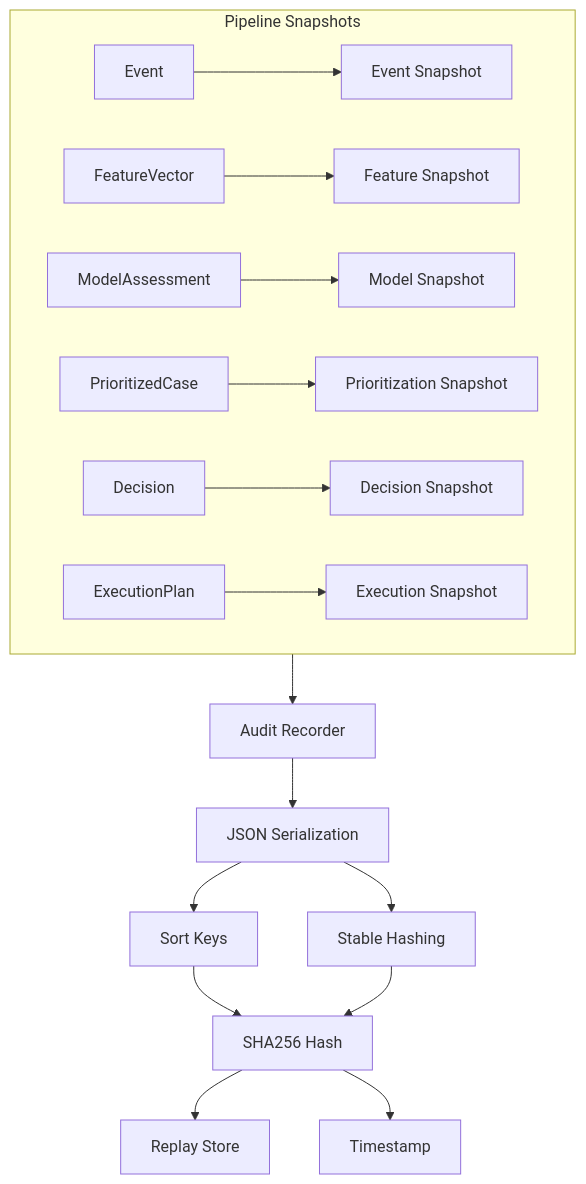
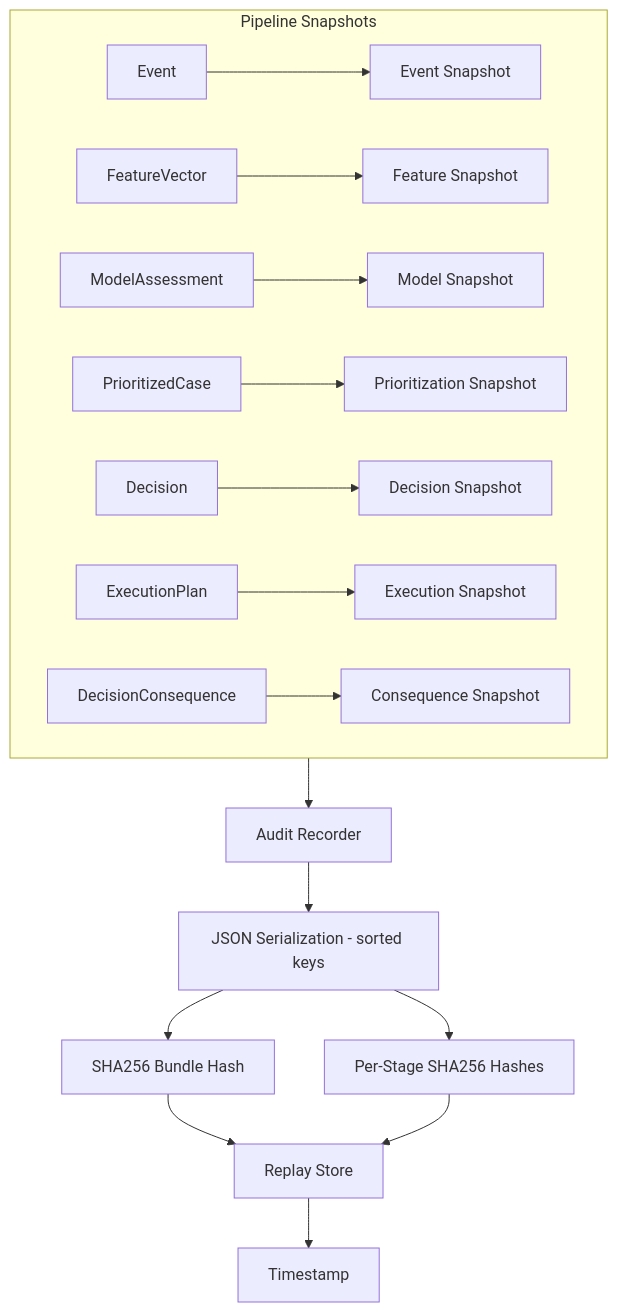
One commit to AngelP17/Astraea changed diagram 16 of 21 in architecture.md. Above: the diagram before and after it, drawn with Mermaid. The commit also changed other lines of this file and 3 other files, not shown here.

First line of the commit message:
docs: sync mermaid diagrams and documentation with latest codebase state

````diff
--- a/architecture.md
+++ b/architecture.md
@@ -551,23 +575,22 @@
 ```mermaid
 flowchart TD
     subgraph SNAPSHOTS["Pipeline Snapshots"]
         A[Event] --> B[Event Snapshot]
         C[FeatureVector] --> D[Feature Snapshot]
         E[ModelAssessment] --> F[Model Snapshot]
         G[PrioritizedCase] --> H[Prioritization Snapshot]
         I[Decision] --> J[Decision Snapshot]
         K[ExecutionPlan] --> L[Execution Snapshot]
+        M2[DecisionConsequence] --> N2[Consequence Snapshot]
     end
 
     SNAPSHOTS --> M[Audit Recorder]
 
-    M --> N[JSON Serialization]
-    N --> O[Sort Keys]
-    N --> P[Stable Hashing]
+    M --> O[JSON Serialization - sorted keys]
+    O --> Q[SHA256 Bundle Hash]
+    O --> R[Per-Stage SHA256 Hashes]
 
-    O --> Q[SHA256 Hash]
-    P --> Q
-
-    Q --> R[Replay Store]
-    Q --> S[Timestamp]
+    Q --> S[Replay Store]
+    R --> S
+    S --> T[Timestamp]
 ```
````
